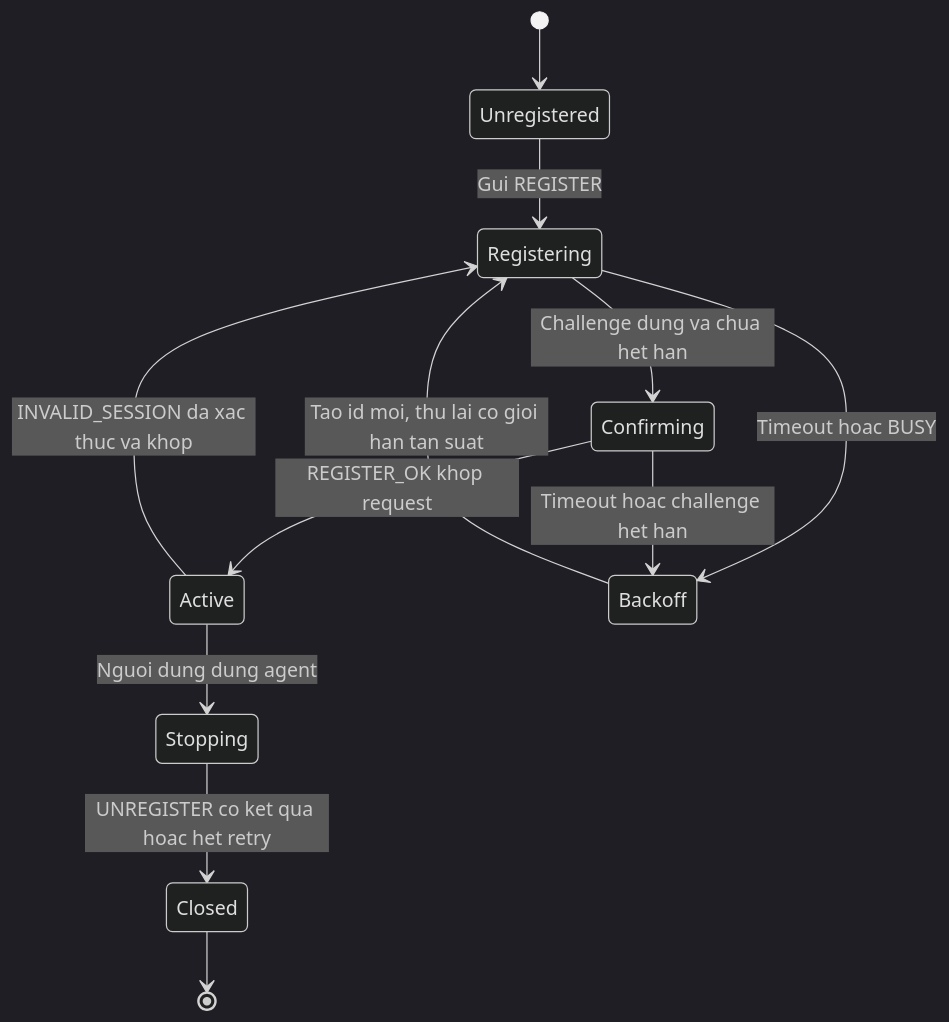
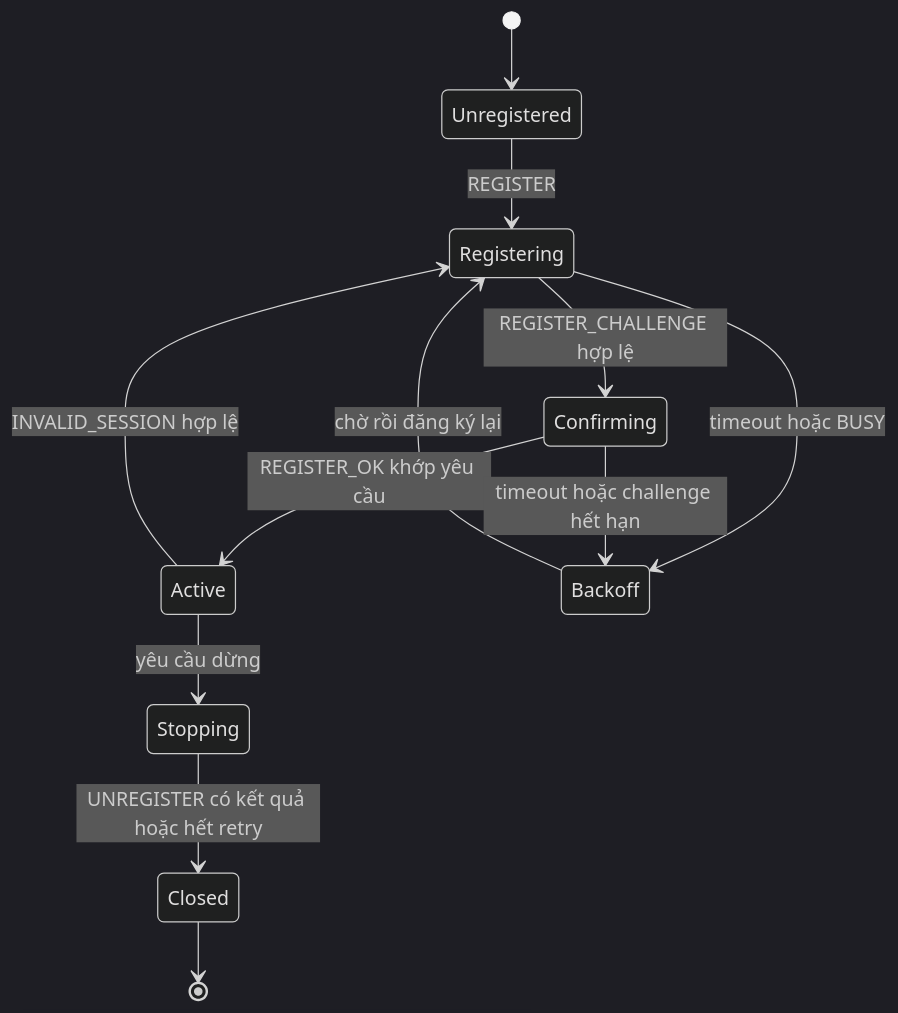
Before and after one commit to ThanhND2005/ReplayChat: the third of 3 diagrams in docs/architecture.md, drawn with Mermaid (dark theme). The commit also changed other lines of this file and 2 other files, not shown here.

````diff
--- a/docs/architecture.md
+++ b/docs/architecture.md
@@ -132,14 +120,14 @@
 ```mermaid
 stateDiagram-v2
     [*] --> Unregistered
-    Unregistered --> Registering : Gui REGISTER
-    Registering --> Confirming : Challenge dung va chua het han
-    Confirming --> Active : REGISTER_OK khop request
-    Registering --> Backoff : Timeout hoac BUSY
-    Confirming --> Backoff : Timeout hoac challenge het han
-    Backoff --> Registering : Tao id moi, thu lai co gioi han tan suat
-    Active --> Registering : INVALID_SESSION da xac thuc va khop
-    Active --> Stopping : Nguoi dung dung agent
-    Stopping --> Closed : UNREGISTER co ket qua hoac het retry
+    Unregistered --> Registering : REGISTER
+    Registering --> Confirming : REGISTER_CHALLENGE hợp lệ
+    Confirming --> Active : REGISTER_OK khớp yêu cầu
+    Registering --> Backoff : timeout hoặc BUSY
+    Confirming --> Backoff : timeout hoặc challenge hết hạn
+    Backoff --> Registering : chờ rồi đăng ký lại
+    Active --> Registering : INVALID_SESSION hợp lệ
+    Active --> Stopping : yêu cầu dừng
+    Stopping --> Closed : UNREGISTER có kết quả hoặc hết retry
     Closed --> [*]
 ```
````
